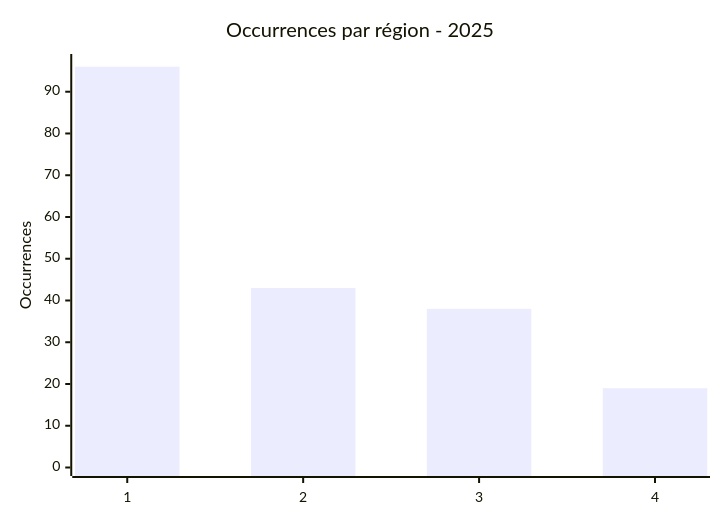
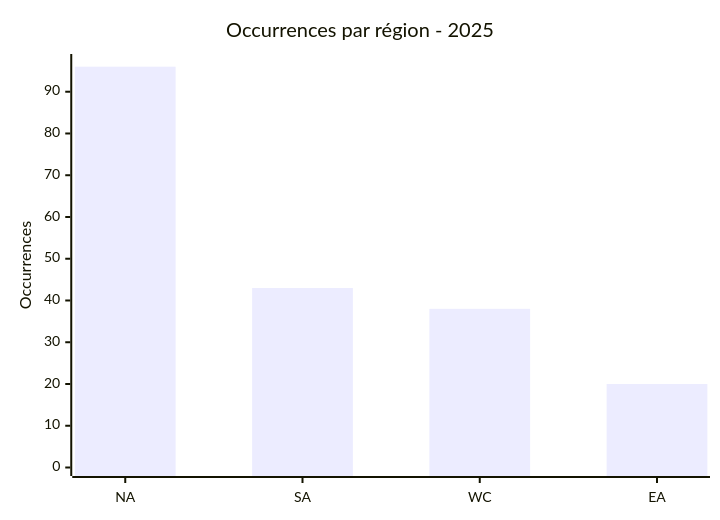
The third of 7 diagrams in CyberAttackAfrica/2025/README_FR.md (Hatchepsoute/AFRINTEL), drawn with Mermaid before and after one commit. The commit also changed other lines of this file and 112 other files, not shown here.

````diff
--- a/CyberAttackAfrica/2025/README_FR.md
+++ b/CyberAttackAfrica/2025/README_FR.md
@@ -131,7 +204,7 @@
 ```mermaid
 xychart-beta
     title "Occurrences par région - 2025"
-    x-axis ["1","2","3","4"]
+    x-axis ["NA","SA","WC","EA"]
     y-axis "Occurrences" 0 --> 97
-    bar [96,43,38,19]
+    bar [96,43,38,20]
 ```
````
